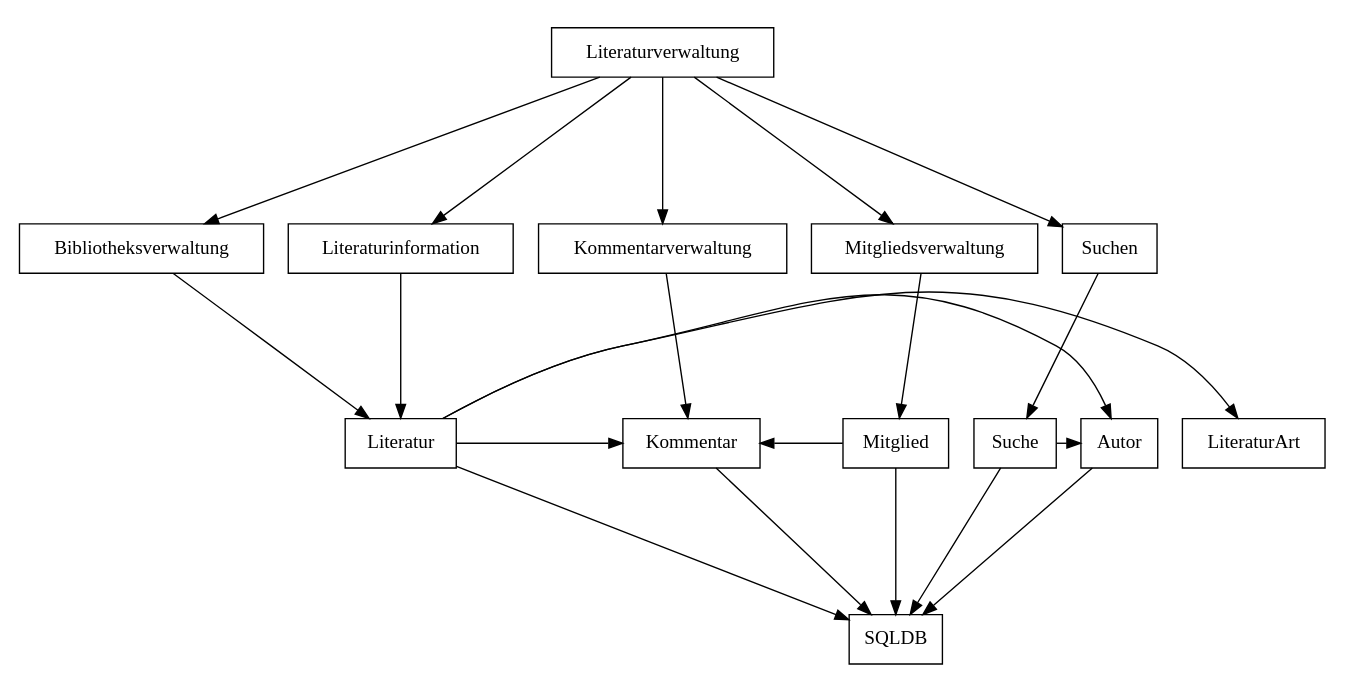
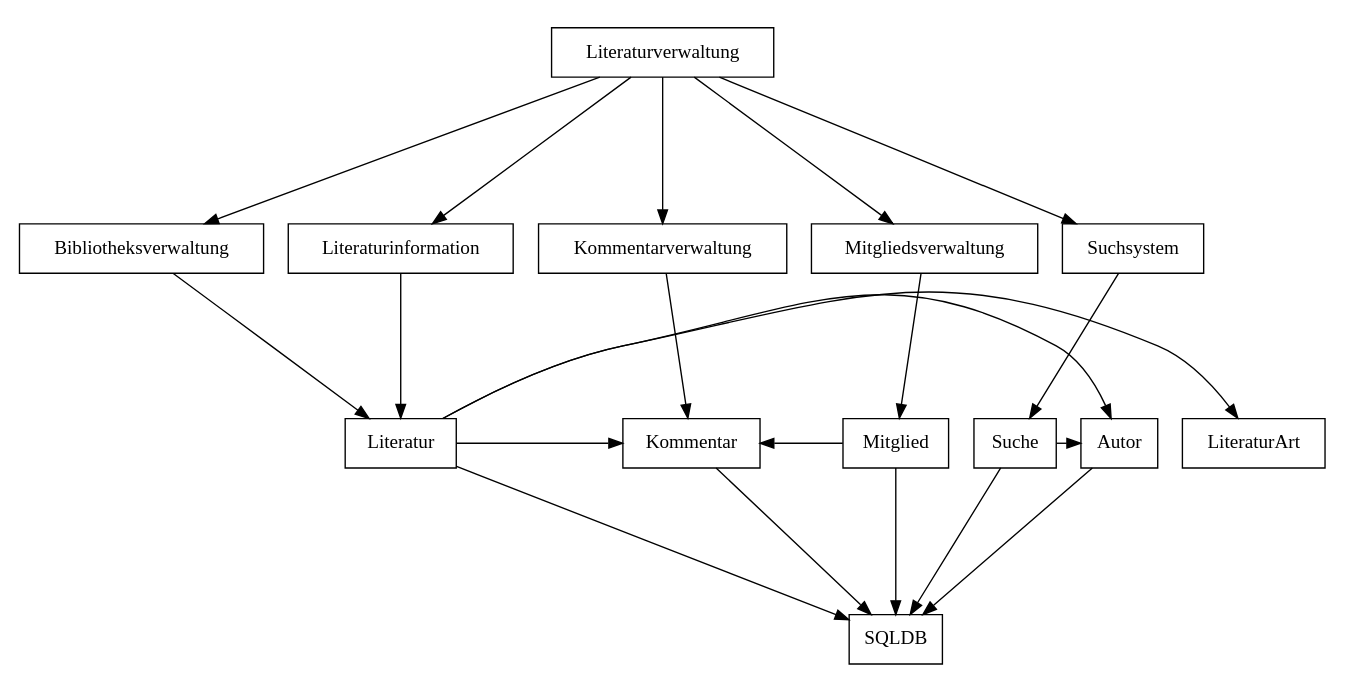
One commit to BackupTheBerlios/liman-svn changed the diagram in trunk/docs/beleg2/systemarchitektur.dot. Above: the diagram before and after it, drawn with Graphviz. The commit also changed 6 other files, not shown here.

Commit message:
- Suchen -> Suchsystem in Systemarchitektur - InsertBibtex mit Rückgabewert ausgestattet

```diff
--- a/trunk/docs/beleg2/systemarchitektur.dot
+++ b/trunk/docs/beleg2/systemarchitektur.dot
@@ -1,82 +1,82 @@
 digraph G
 {
 	ranksep=1;
 	concentrate=true;
 	ratio=fill;
 	size="10,5"
 	subgraph LiMan
 	{
 		node [shape=box];
 		rank = min;
 
 		Literaturverwaltung
 	}
 
 	subgraph Prozesse
 	{
 		node [shape=box];
 		rank = same;
 
 		Bibliotheksverwaltung
 		Kommentarverwaltung
 		Mitgliedsverwaltung
 		Literaturinformation
-		Suchen
+		Suchsystem
 	}
 
 	subgraph Klassen
 	{
 		node [shape=box];
 		edge [weight=100, minlen=0, constraint=false]
 		rank = same;
 		
 		LiteraturArt
 		Autor
 		Kommentar
 		Literatur
 		Mitglied
 		Suche
 
 		// Klassen untereinander
 		Literatur -> Autor
 		Literatur -> Kommentar
 		Literatur -> LiteraturArt
 		Mitglied -> Kommentar
 	
 		Suche -> Autor
 	}
 
 	subgraph Datenbank
 	{
 		node [shape=box];
 		rank = max;
 
 		SQLDB
 	}
 
 
 	// LiMan zu Prozesse
 	Literaturverwaltung -> Bibliotheksverwaltung
 	Literaturverwaltung -> Kommentarverwaltung
 	Literaturverwaltung -> Mitgliedsverwaltung
 	Literaturverwaltung -> Literaturinformation
-	Literaturverwaltung -> Suchen
+	Literaturverwaltung -> Suchsystem
 
 	// Prozesse zu Klassen
 	Bibliotheksverwaltung -> Literatur
 
 	Literaturinformation -> Literatur
 
 	Kommentarverwaltung -> Kommentar
 
 	Mitgliedsverwaltung -> Mitglied
 
-	Suchen -> Suche
+	Suchsystem -> Suche
 
 	// Klassen auf Datenbank
 	Autor -> SQLDB
 	Kommentar -> SQLDB
 	Literatur -> SQLDB
 	Mitglied -> SQLDB
 	Suche -> SQLDB
 }
```
